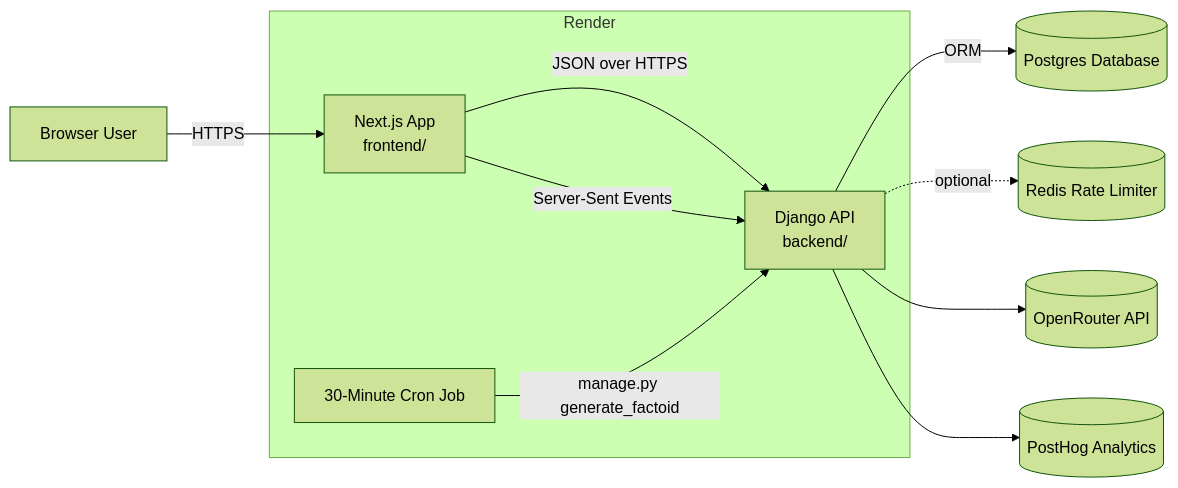
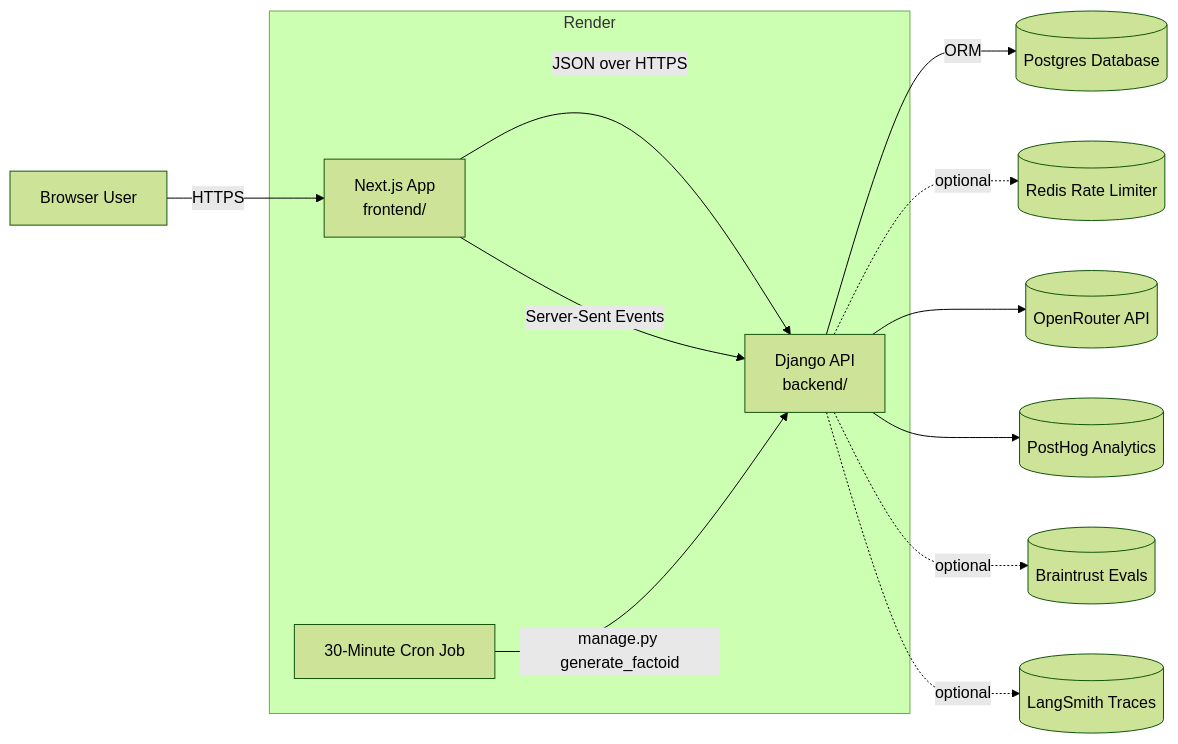
Before and after one commit to andrewm4894/andys-daily-factoids: the first of 2 diagrams in ARCHITECTURE.md, drawn with Mermaid (forest theme). The commit also changed other lines of this file and 2 other files, not shown here.

````diff
--- a/ARCHITECTURE.md
+++ b/ARCHITECTURE.md
@@ -9,17 +9,19 @@
 ```mermaid
 graph LR
     subgraph Render
         Frontend[Next.js App\nfrontend/]
         Backend[Django API\nbackend/]
         Cron[30-Minute Cron Job]
     end
 
     User[Browser User] -->|HTTPS| Frontend
     Frontend -->|JSON over HTTPS| Backend
     Frontend -->|Server-Sent Events| Backend
     Backend -->|ORM| Postgres[(Postgres Database)]
     Backend -.optional.-> Redis[(Redis Rate Limiter)]
     Backend --> OpenRouter[(OpenRouter API)]
     Backend --> PostHog[(PostHog Analytics)]
+    Backend -.optional.-> Braintrust[(Braintrust Evals)]
+    Backend -.optional.-> LangSmith[(LangSmith Traces)]
     Cron -->|manage.py generate_factoid| Backend
 ```
````
